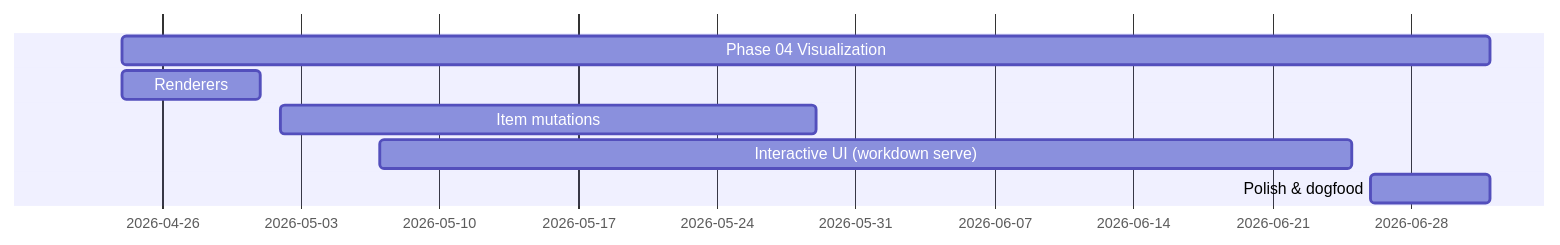
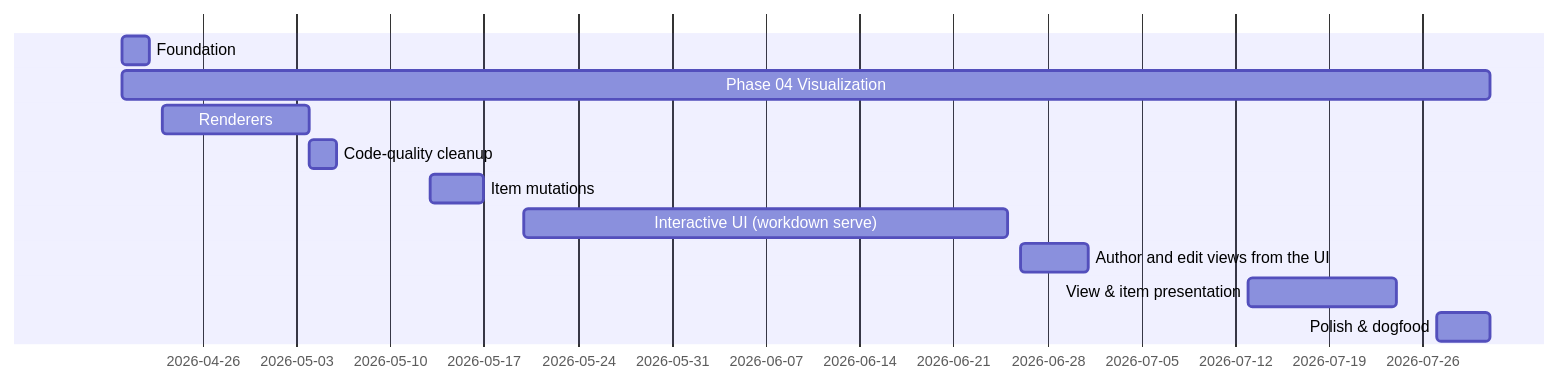
Before and after one commit to jasdefer/Workdown: the diagram in views/roadmap-by-initiative.md, drawn with Mermaid. The commit also changed other lines of this file and 54 other files, not shown here.

````diff
--- a/views/roadmap-by-initiative.md
+++ b/views/roadmap-by-initiative.md
@@ -7,9 +7,13 @@
 ```mermaid
 gantt
     dateFormat YYYY-MM-DD
-    Phase 04 Visualization :phase-04-visualization, 2026-04-24, 2026-07-02
-    Renderers :renderers, 2026-04-24, 2026-05-01
-    Item mutations :item-mutations, 2026-05-02, 2026-05-29
-    Interactive UI (workdown serve) :server, 2026-05-07, 2026-06-25
-    Polish & dogfood :polish, 2026-06-26, 2026-07-02
+    Foundation :foundation, 2026-04-20, 2026-04-22
+    Phase 04 Visualization :phase-04-visualization, 2026-04-20, 2026-07-31
+    Renderers :renderers, 2026-04-23, 2026-05-04
+    Code-quality cleanup :code-quality, 2026-05-04, 2026-05-06
+    Item mutations :item-mutations, 2026-05-13, 2026-05-17
+    Interactive UI (workdown serve) :server, 2026-05-20, 2026-06-25
+    Author and edit views from the UI :view-authoring, 2026-06-26, 2026-07-01
+    View & item presentation :view-presentation, 2026-07-13, 2026-07-24
+    Polish & dogfood :polish, 2026-07-27, 2026-07-31
 ```
````
